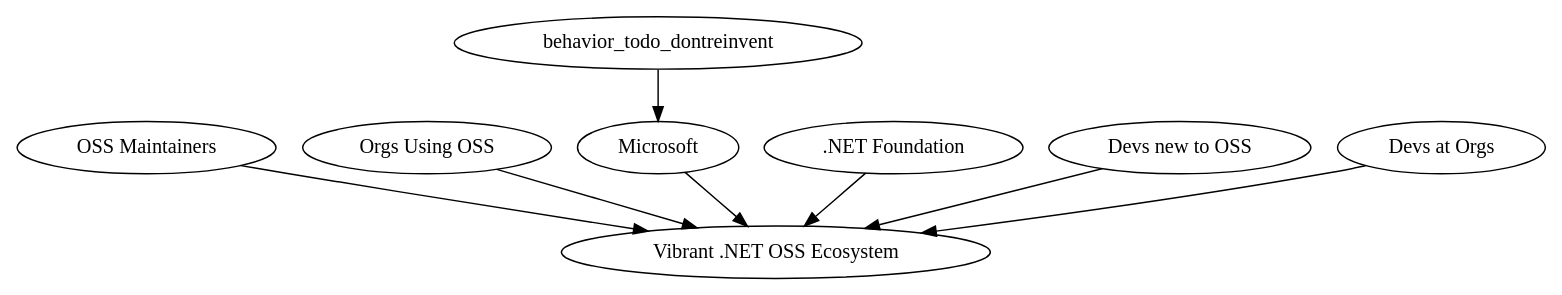
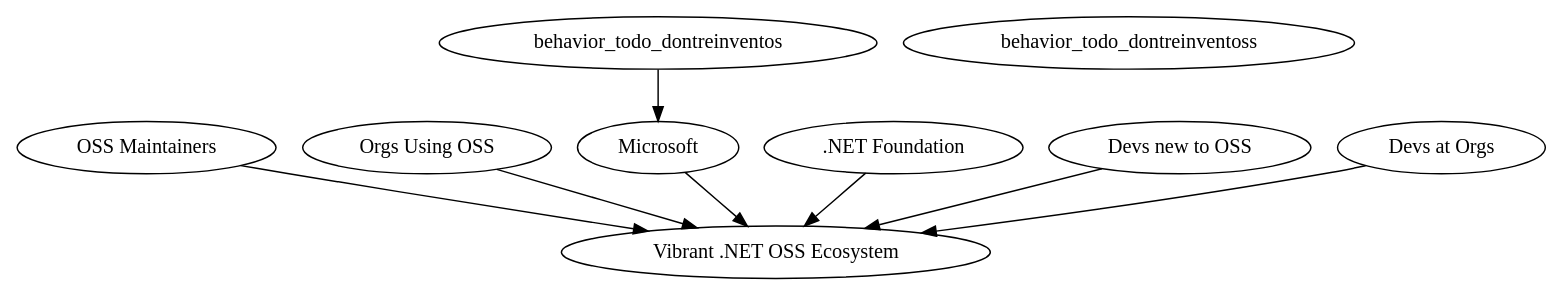
The diagram in diagrams/vibrant-oss-impact-map.dot (SeanKilleen/seankilleen.github.io), drawn with Graphviz before and after one commit.

```diff
--- a/diagrams/vibrant-oss-impact-map.dot
+++ b/diagrams/vibrant-oss-impact-map.dot
@@ -1,22 +1,22 @@
 digraph g {
     goal[label="Vibrant .NET OSS Ecosystem"]
     
     persona_maintainer [label="OSS Maintainers"]
     persona_consumerorg [label="Orgs Using OSS"]
     persona_microsoft [label="Microsoft"]
     persona_dotnetfdn [label=".NET Foundation"]
     persona_newtooss [label="Devs new to OSS"]
     persona_devsatorgs [label="Devs at Orgs"]
     
     persona_maintainer -> goal
     persona_consumerorg -> goal
     persona_microsoft -> goal
     persona_dotnetfdn -> goal
     persona_newtooss -> goal
     persona_devsatorgs -> goal
 
-    behavior_todo_dontreinvent
+    behavior_todo_dontreinventoss
 
-    behavior_todo_dontreinvent -> persona_microsoft
+    behavior_todo_dontreinventos -> persona_microsoft
 
 }
```
